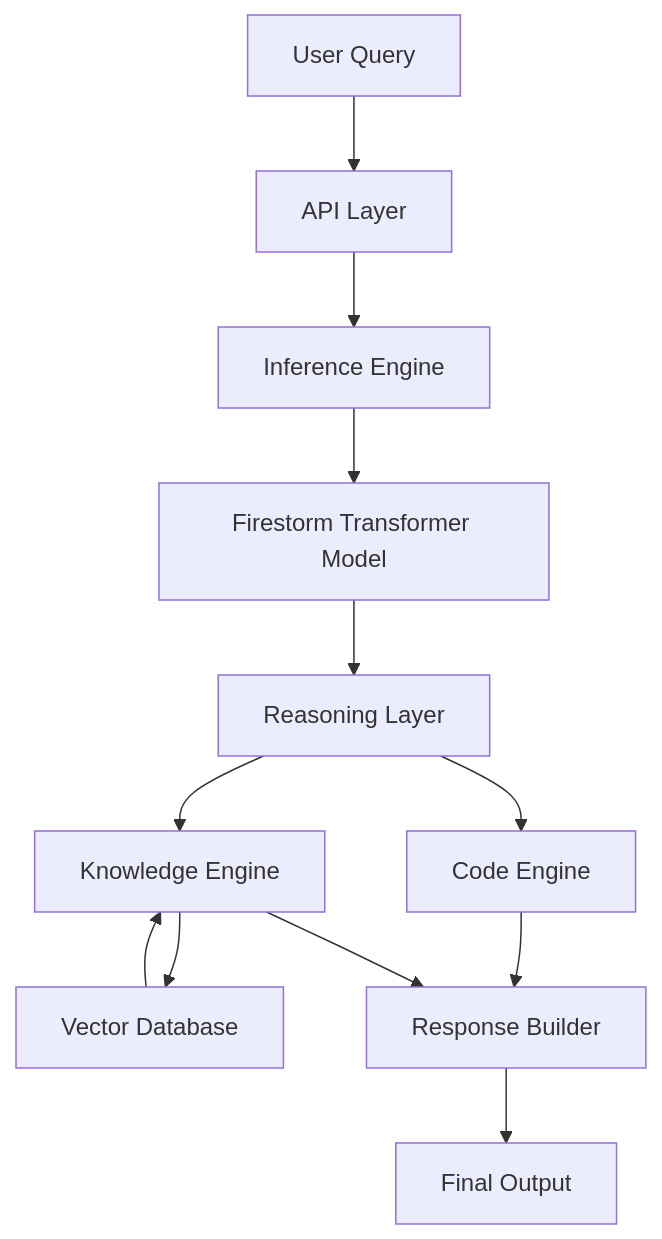
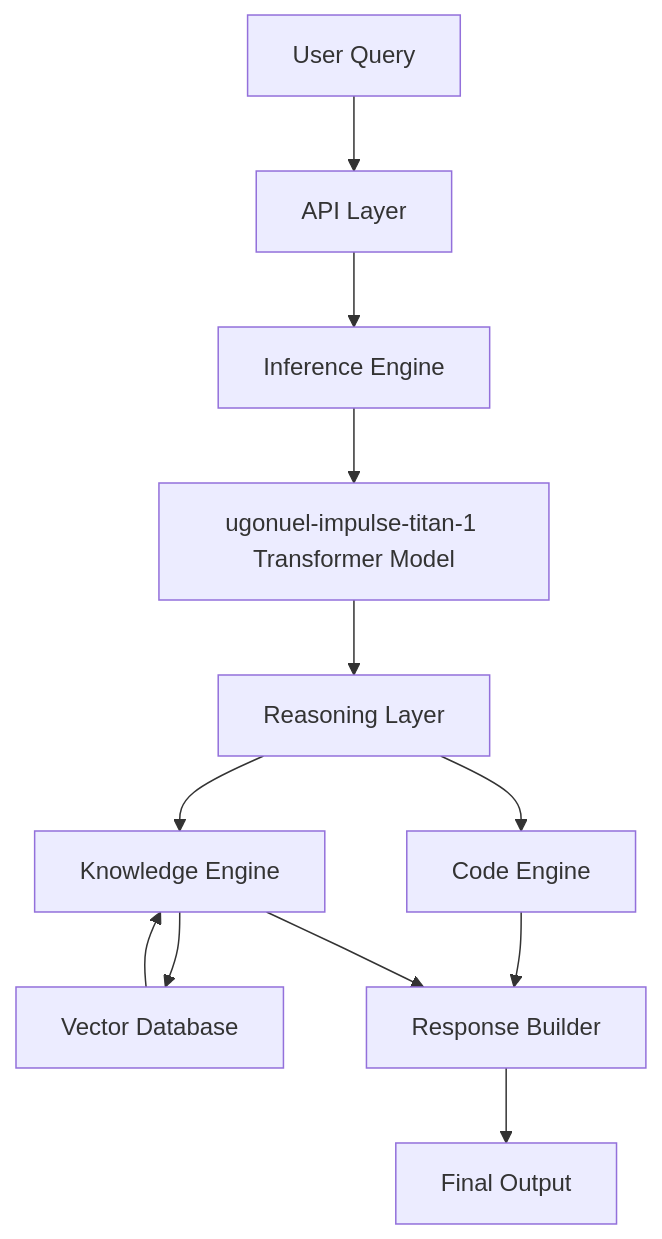
The diagram in ARCHITECTURE.md (ugoMusk/Impulse-intelligent_model), drawn with Mermaid before and after one commit.

Commit message:
fix mermaid syntax error

````diff
--- a/ARCHITECTURE.md
+++ b/ARCHITECTURE.md
@@ -193,18 +193,18 @@
 ```mermaid
 flowchart TD
     A[User Query] --> B[API Layer]
     B --> C[Inference Engine]
-    C --> D[Firestorm Transformer Model]
+    C --> D[ugonuel-impulse-titan-1 Transformer Model]
     D --> E[Reasoning Layer]
 
     E --> F[Code Engine]
     E --> G[Knowledge Engine]
 
     G --> H[Vector Database]
     H --> G
 
     F --> I[Response Builder]
     G --> I
 
     I --> J[Final Output]
 ```
````
